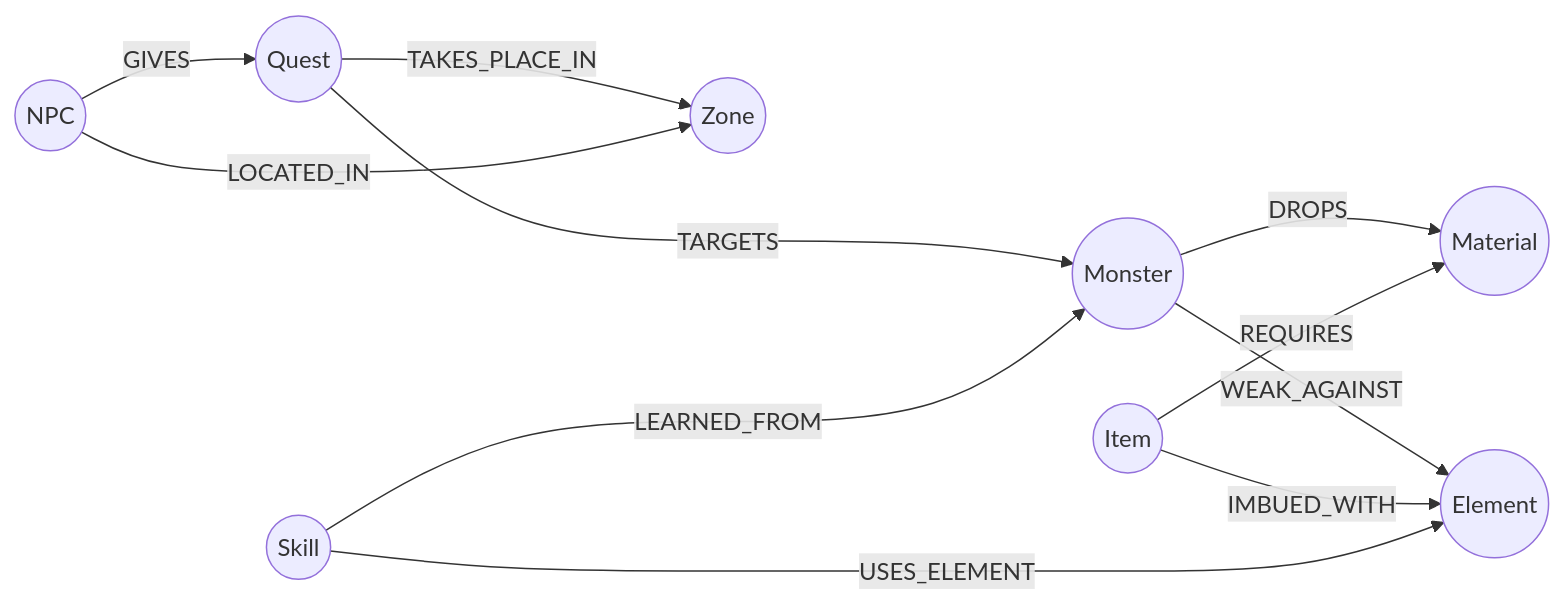
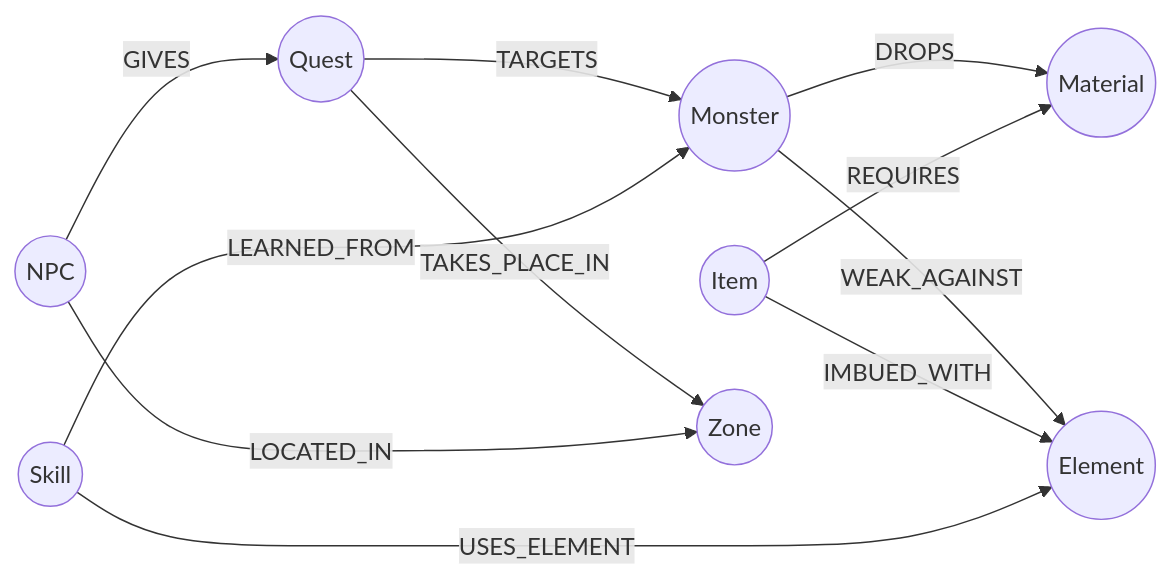
The third of 3 diagrams in README.md (kurliko/RPG-graph-project), drawn with Mermaid before and after one commit. The commit also changed other lines of this file, not shown here.

Commit message:
docs(project): fix confusing wording in component diagram

````diff
--- a/README.md
+++ b/README.md
@@ -196,24 +196,24 @@
 ```mermaid
 flowchart LR
     %% Węzły (Etykiety)
     Monster((Monster))
     Material((Material))
     Item((Item))
     NPC((NPC))
     Quest((Quest))
     Skill((Skill))
     Zone((Zone))
     Element((Element))
 
     %% Relacje
     Monster -->|DROPS| Material
     Monster -->|WEAK_AGAINST| Element
     Item -->|REQUIRES| Material
     Item -->|IMBUED_WITH| Element
-    Quest --->|TARGETS| Monster
+    Quest -->|TARGETS| Monster
     Quest -->|TAKES_PLACE_IN| Zone
     NPC -->|GIVES| Quest
     NPC -->|LOCATED_IN| Zone
     Skill --->|LEARNED_FROM| Monster
     Skill -->|USES_ELEMENT| Element
 ```
````
